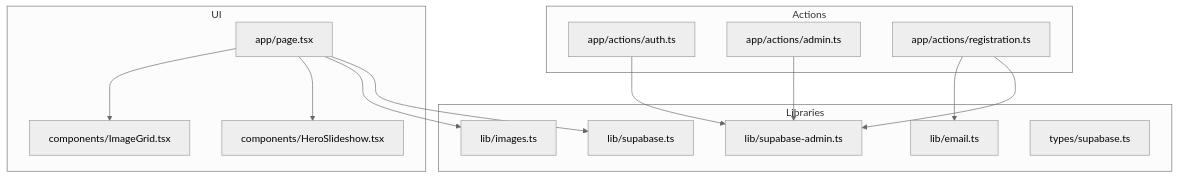
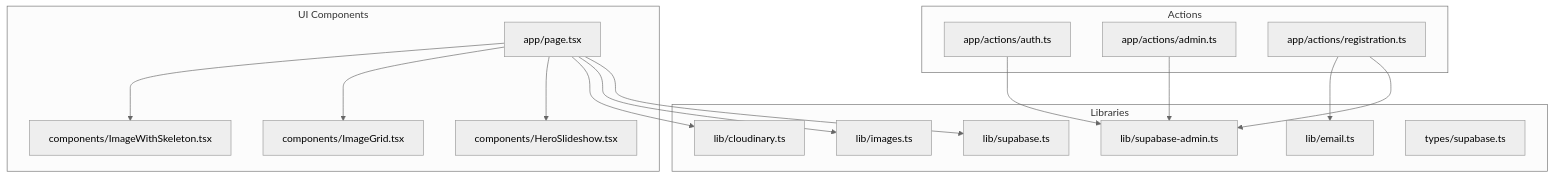
Before and after one commit to Black-box01/rhemaexpertsolutions: the first of 8 diagrams in .qoder/repowiki/en/content/Application Architecture/Integration Patterns.md, drawn with Mermaid (neutral theme). The commit also changed other lines of this file and 37 other files, not shown here.

````diff
--- a/.qoder/repowiki/en/content/Application Architecture/Integration Patterns.md
+++ b/.qoder/repowiki/en/content/Application Architecture/Integration Patterns.md
@@ -41,28 +51,32 @@
 ```mermaid
 graph TB
 subgraph "Libraries"
 L1["lib/supabase.ts"]
 L2["lib/supabase-admin.ts"]
 L3["lib/email.ts"]
 L4["lib/images.ts"]
+L5["lib/cloudinary.ts"]
 T1["types/supabase.ts"]
 end
 subgraph "Actions"
 A1["app/actions/auth.ts"]
 A2["app/actions/admin.ts"]
 A3["app/actions/registration.ts"]
 end
-subgraph "UI"
+subgraph "UI Components"
 P1["app/page.tsx"]
 C1["components/HeroSlideshow.tsx"]
 C2["components/ImageGrid.tsx"]
+C3["components/ImageWithSkeleton.tsx"]
 end
 P1 --> L1
 P1 --> L4
+P1 --> L5
 P1 --> C1
 P1 --> C2
+P1 --> C3
 A1 --> L2
 A2 --> L2
 A3 --> L2
 A3 --> L3
 ```
````
